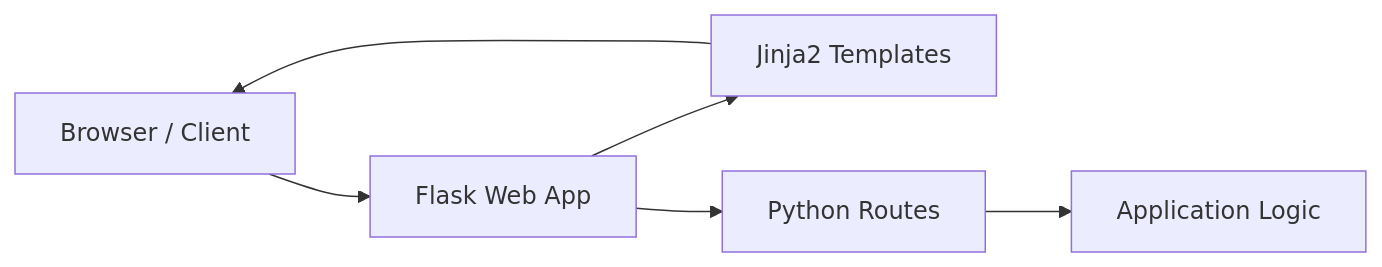
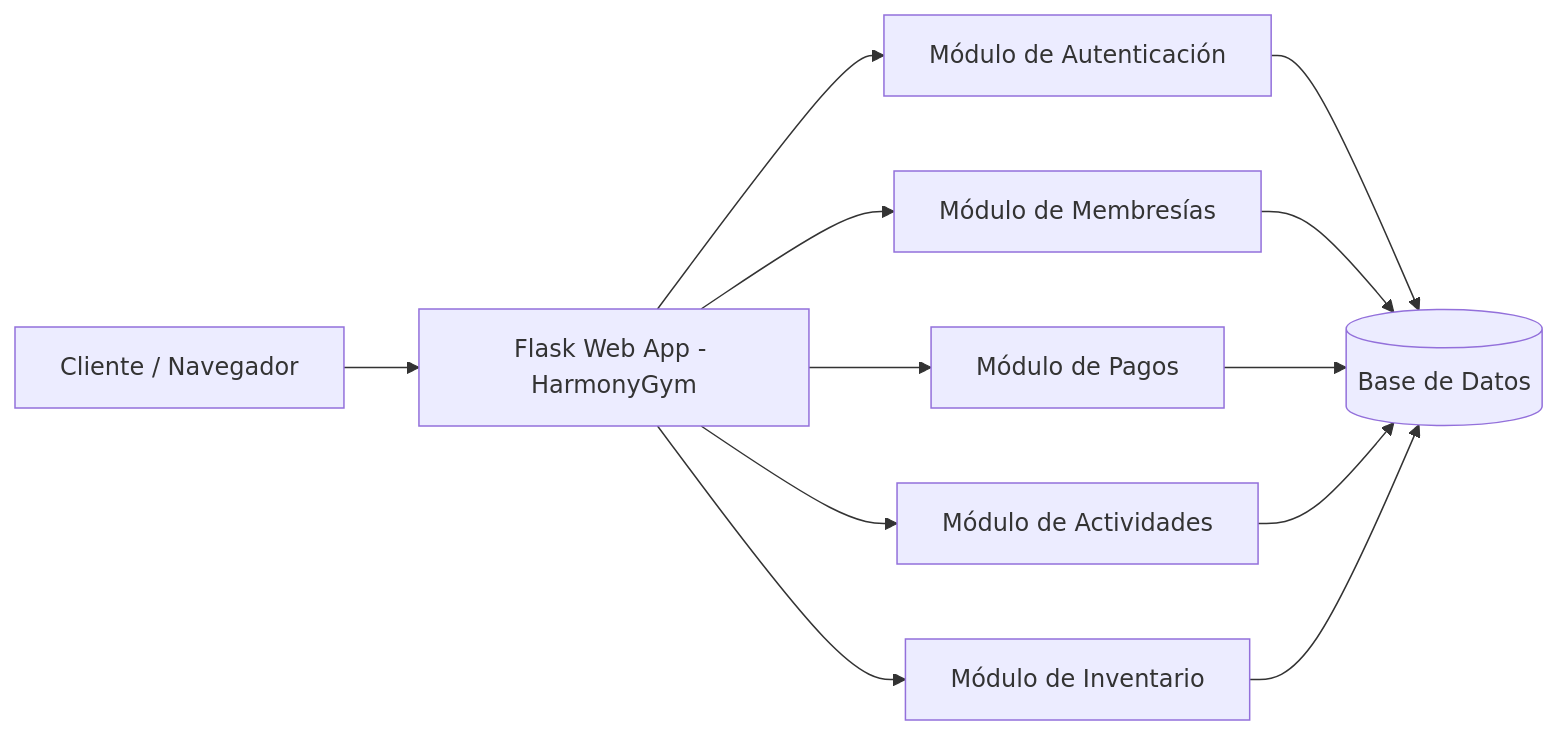
The diagram in README.md (roygro/simple-webapp-flask), drawn with Mermaid before and after one commit. The commit also changed other lines of this file, not shown here.

````diff
--- a/README.md
+++ b/README.md
@@ -62,8 +64,14 @@
 ```mermaid
 graph LR
-  A[Browser / Client] --> B[Flask Web App]
-  B --> C[Jinja2 Templates]
-  B --> D[Python Routes]
-  D --> E[Application Logic]
-  C --> A
+  A[Cliente / Navegador] --> B[Flask Web App - HarmonyGym]
+  B --> C[Módulo de Autenticación]
+  B --> D[Módulo de Membresías]
+  B --> E[Módulo de Pagos]
+  B --> F[Módulo de Actividades]
+  B --> G[Módulo de Inventario]
+  C --> H[(Base de Datos)]
+  D --> H
+  E --> H
+  F --> H
+  G --> H
 ```
````
